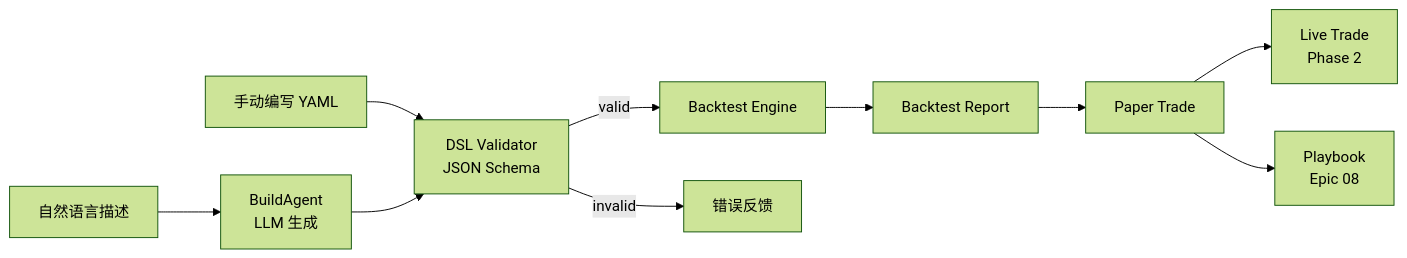
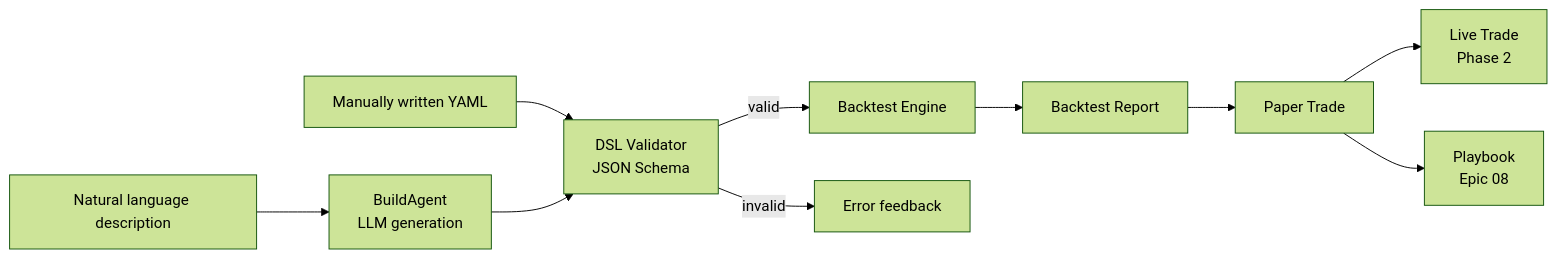
One commit to ZedeX/nova-invest changed the first of 2 diagrams in docs/prd/epic/04_Strategy_DSL.md. Above: the diagram before and after it, drawn with Mermaid (forest theme). The commit also changed other lines of this file and 42 other files, not shown here.

````diff
--- a/docs/prd/epic/04_Strategy_DSL.md
+++ b/docs/prd/epic/04_Strategy_DSL.md
@@ -51,12 +51,12 @@
 ```mermaid
 flowchart LR
-    NL[自然语言描述] --> G[BuildAgent<br/>LLM 生成]
-    YAML[手动编写 YAML] --> V[DSL Validator<br/>JSON Schema]
+    NL[Natural language description] --> G[BuildAgent<br/>LLM generation]
+    YAML[Manually written YAML] --> V[DSL Validator<br/>JSON Schema]
     G --> V
     V -->|valid| BT[Backtest Engine]
-    V -->|invalid| ERR[错误反馈]
+    V -->|invalid| ERR[Error feedback]
     BT --> R[Backtest Report]
     R --> P[Paper Trade]
     P --> L[Live Trade<br/>Phase 2]
     P --> PB[Playbook<br/>Epic 08]
 ```
````
